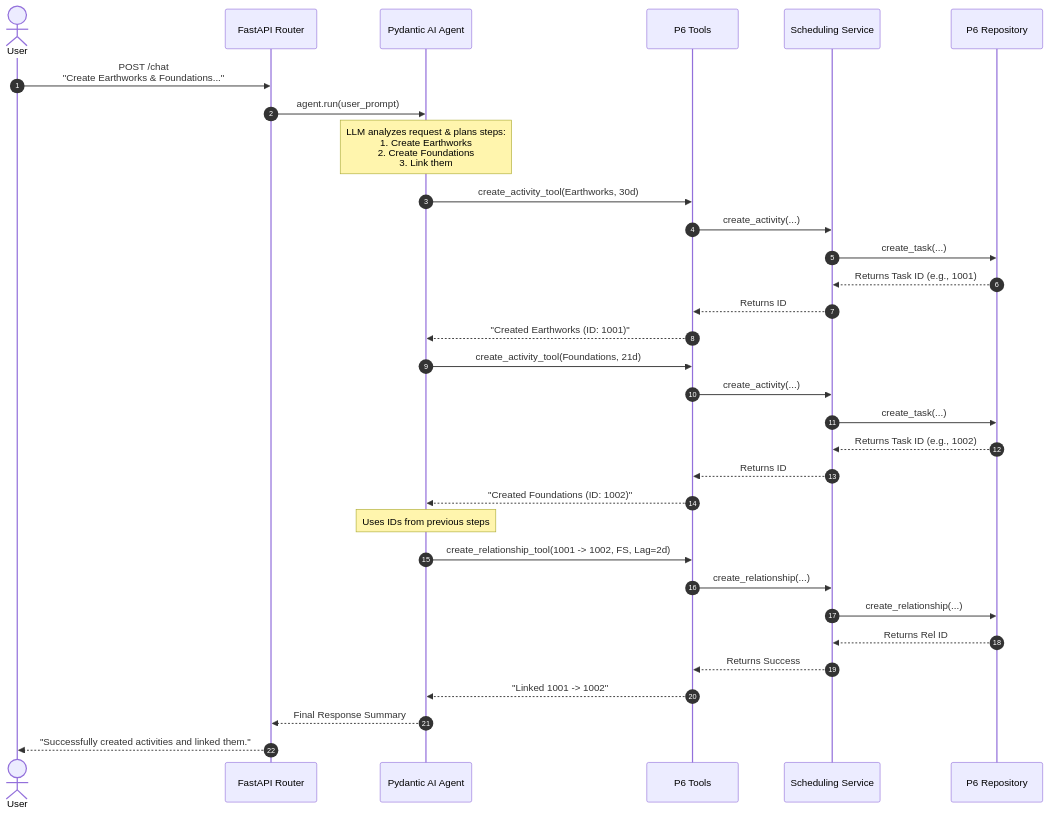
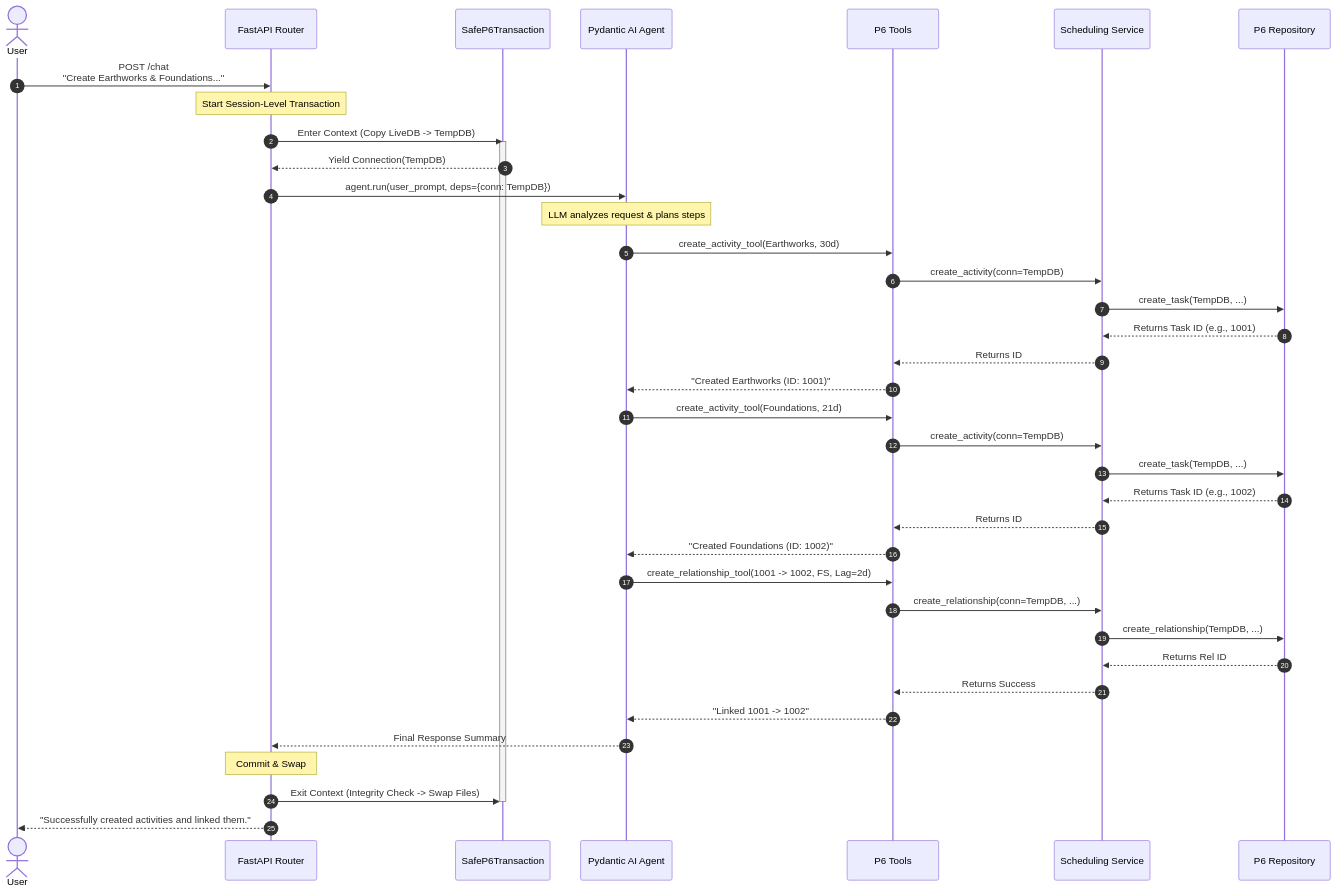
One commit to lognos/lognos_scheduler changed the first of 2 diagrams in workflow.md. Above: the diagram before and after it, drawn with Mermaid. The commit also changed other lines of this file and 12 other files, not shown here.

First line of the commit message:
feat: Implement session-level transactions in SchedulingService for improved performance

````diff
--- a/workflow.md
+++ b/workflow.md
@@ -11,43 +12,56 @@
 ```mermaid
 sequenceDiagram
     autonumber
     actor User
     participant API as FastAPI Router
+    participant SafeDB as SafeP6Transaction
     participant Agent as Pydantic AI Agent
     participant Tools as P6 Tools
     participant Service as Scheduling Service
     participant Repo as P6 Repository
 
     User->>API: POST /chat <br/>"Create Earthworks & Foundations..."
-    API->>Agent: agent.run(user_prompt)
     
-    Note over Agent: LLM analyzes request & plans steps:<br/>1. Create Earthworks<br/>2. Create Foundations<br/>3. Link them
+    %% Start Session Transaction
+    Note over API: Start Session-Level Transaction
+    API->>SafeDB: Enter Context (Copy LiveDB -> TempDB)
+    activate SafeDB
+    SafeDB-->>API: Yield Connection(TempDB)
+    
+    API->>Agent: agent.run(user_prompt, deps={conn: TempDB})
+    
+    Note over Agent: LLM analyzes request & plans steps
 
     %% Step 1: Create Activity 1
     Agent->>Tools: create_activity_tool(Earthworks, 30d)
-    Tools->>Service: create_activity(...)
-    Service->>Repo: create_task(...)
+    Tools->>Service: create_activity(conn=TempDB)
+    Service->>Repo: create_task(TempDB, ...)
     Repo-->>Service: Returns Task ID (e.g., 1001)
     Service-->>Tools: Returns ID
     Tools-->>Agent: "Created Earthworks (ID: 1001)"
 
     %% Step 2: Create Activity 2
     Agent->>Tools: create_activity_tool(Foundations, 21d)
-    Tools->>Service: create_activity(...)
-    Service->>Repo: create_task(...)
+    Tools->>Service: create_activity(conn=TempDB)
+    Service->>Repo: create_task(TempDB, ...)
     Repo-->>Service: Returns Task ID (e.g., 1002)
     Service-->>Tools: Returns ID
     Tools-->>Agent: "Created Foundations (ID: 1002)"
 
     %% Step 3: Create Relationship
-    Note over Agent: Uses IDs from previous steps
     Agent->>Tools: create_relationship_tool(1001 -> 1002, FS, Lag=2d)
-    Tools->>Service: create_relationship(...)
-    Service->>Repo: create_relationship(...)
+    Tools->>Service: create_relationship(conn=TempDB, ...)
+    Service->>Repo: create_relationship(TempDB, ...)
     Repo-->>Service: Returns Rel ID
     Service-->>Tools: Returns Success
     Tools-->>Agent: "Linked 1001 -> 1002"
 
     Agent-->>API: Final Response Summary
+    
+    %% End Session Transaction
+    Note over API: Commit & Swap
+    API->>SafeDB: Exit Context (Integrity Check -> Swap Files)
+    deactivate SafeDB
+    
     API-->>User: "Successfully created activities and linked them."
 ```
````
